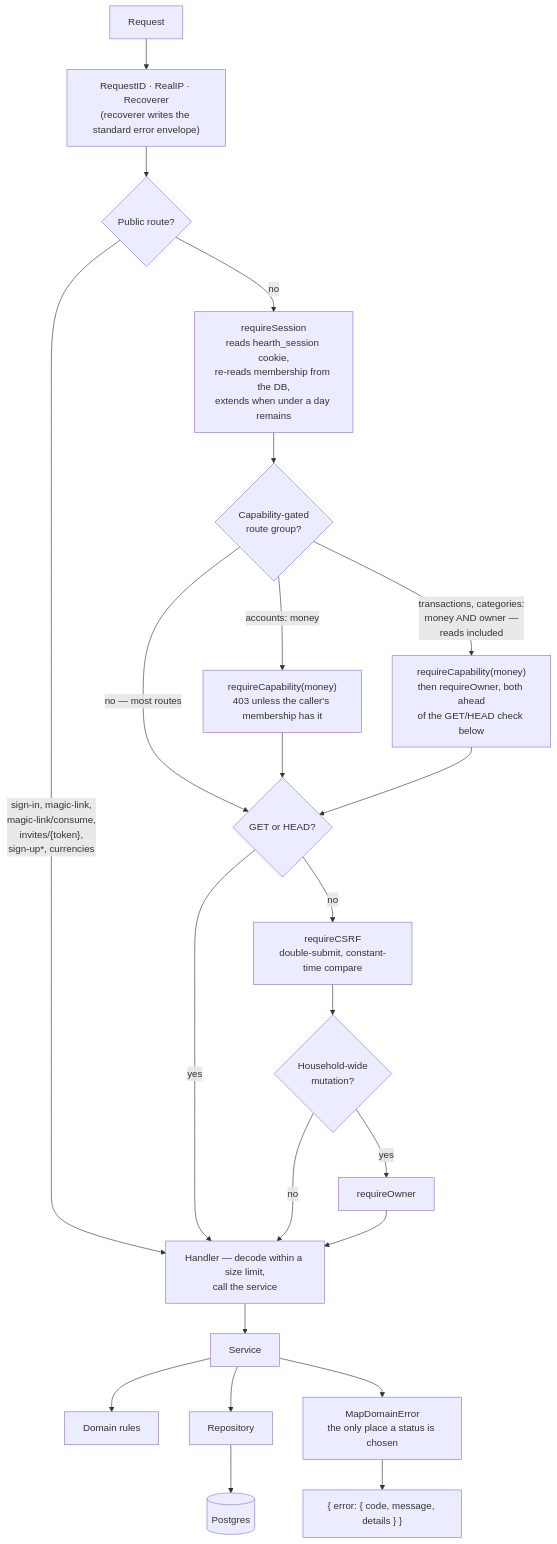
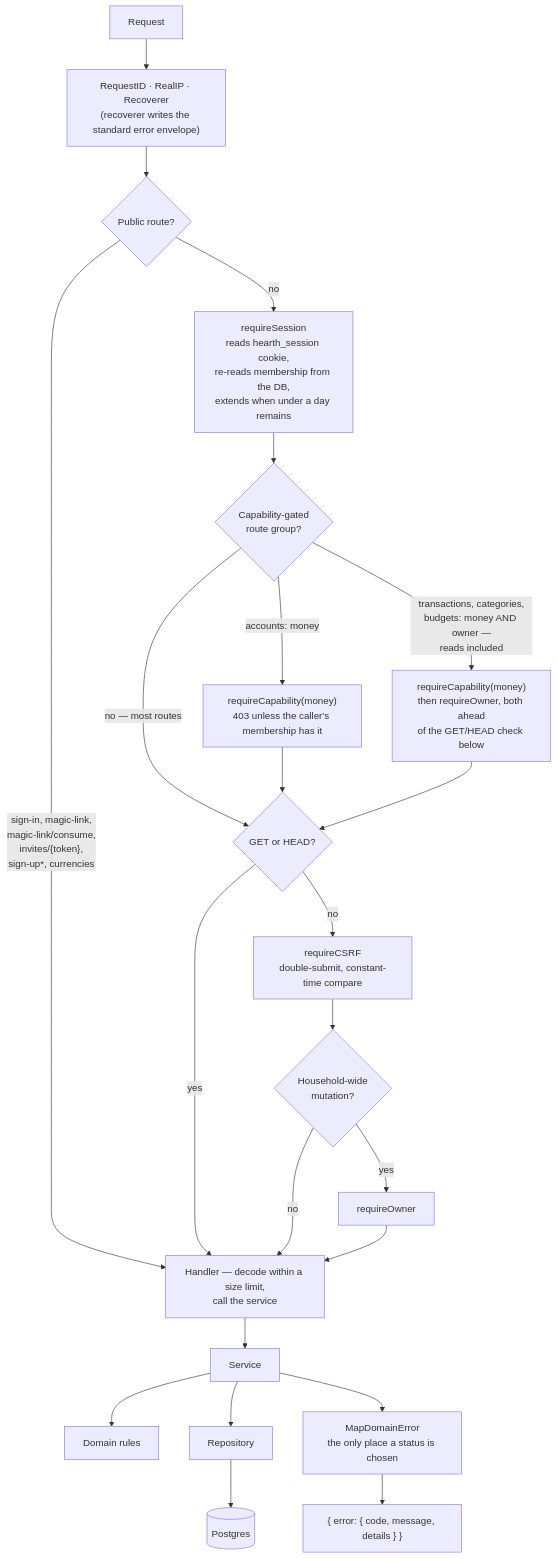
The third of 12 diagrams in docs/SYSTEM_DESIGN.md (oandrz/Household), drawn with Mermaid before and after one commit. The commit also changed other lines of this file and 3 other files, not shown here.

````diff
--- a/docs/SYSTEM_DESIGN.md
+++ b/docs/SYSTEM_DESIGN.md
@@ -178,29 +183,29 @@
 ```mermaid
 graph TD
     Req["Request"] --> RID["RequestID · RealIP · Recoverer<br/>(recoverer writes the standard error envelope)"]
     RID --> Public{"Public route?"}
 
     Public -->|"sign-in, magic-link,<br/>magic-link/consume,<br/>invites/{token},<br/>sign-up*, currencies"| Handler
     Public -->|no| Session["requireSession<br/>reads hearth_session cookie,<br/>re-reads membership from the DB,<br/>extends when under a day remains"]
 
     Session --> Cap{"Capability-gated<br/>route group?"}
     Cap -->|"accounts: money"| RequireCap["requireCapability(money)<br/>403 unless the caller's membership has it"]
-    Cap -->|"transactions, categories:<br/>money AND owner —<br/>reads included"| RequireCapTxn["requireCapability(money)<br/>then requireOwner, both ahead<br/>of the GET/HEAD check below"]
+    Cap -->|"transactions, categories,<br/>budgets: money AND owner —<br/>reads included"| RequireCapTxn["requireCapability(money)<br/>then requireOwner, both ahead<br/>of the GET/HEAD check below"]
     Cap -->|"no — most routes"| Safe{"GET or HEAD?"}
     RequireCap --> Safe
     RequireCapTxn --> Safe
     Safe -->|yes| Handler
     Safe -->|no| CSRF["requireCSRF<br/>double-submit, constant-time compare"]
 
     CSRF --> Owner{"Household-wide<br/>mutation?"}
     Owner -->|yes| RequireOwner["requireOwner"]
     Owner -->|no| Handler
     RequireOwner --> Handler
 
     Handler["Handler — decode within a size limit,<br/>call the service"] --> Service["Service"]
     Service --> Domain["Domain rules"]
     Service --> Repo["Repository"]
     Repo --> DB[("Postgres")]
     Service --> MapErr["MapDomainError<br/>the only place a status is chosen"]
     MapErr --> Resp["{ error: { code, message, details } }"]
 ```
````
